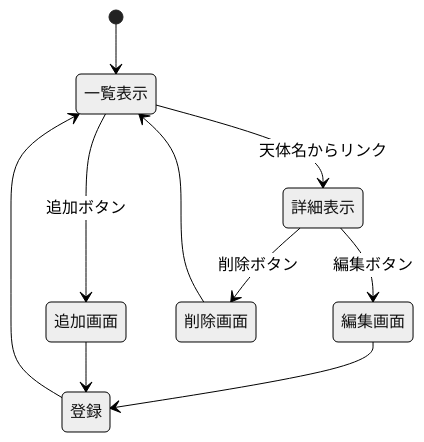
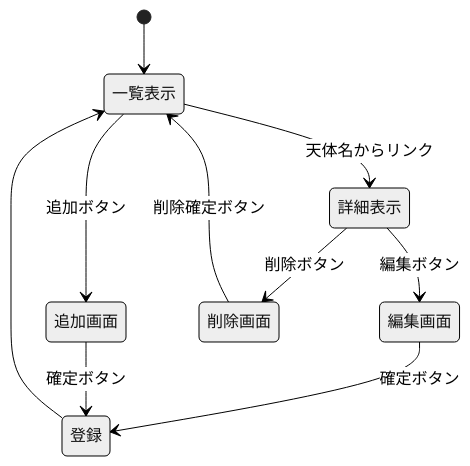
The diagram in spec.md (s25g1001ep-sudo/webpro_06), drawn with Mermaid (neutral theme) before and after one commit. The commit also changed 4 other files, not shown here.

````diff
--- a/spec.md
+++ b/spec.md
@@ -26,12 +26,12 @@
 ```mermaid
 stateDiagram-v2
     [*] --> 一覧表示
     一覧表示 --> 詳細表示: 天体名からリンク
     詳細表示 --> 編集画面: 編集ボタン
-    編集画面 --> 登録
+    編集画面 --> 登録: 確定ボタン
     登録 --> 一覧表示
     一覧表示 --> 追加画面: 追加ボタン
-    追加画面 --> 登録
+    追加画面 --> 登録: 確定ボタン
     詳細表示 --> 削除画面: 削除ボタン
-    削除画面 --> 一覧表示
+    削除画面 --> 一覧表示: 削除確定ボタン
 ```
````
